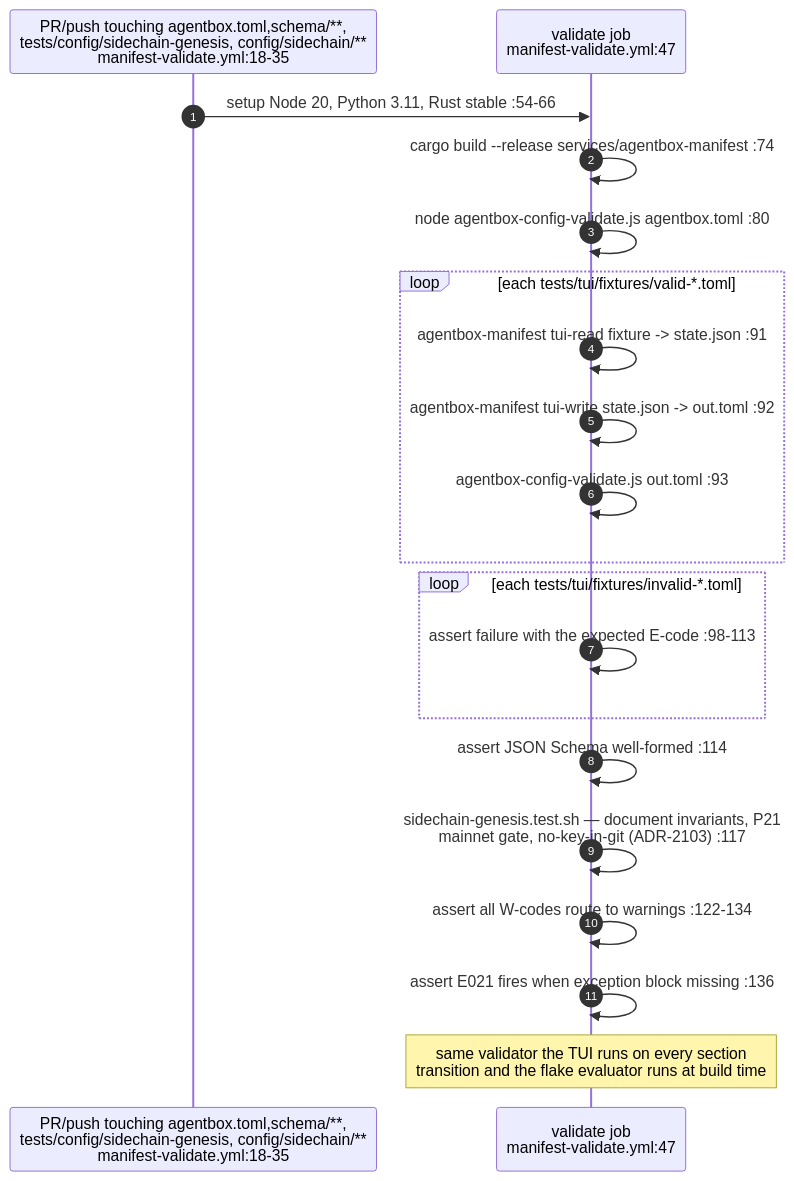
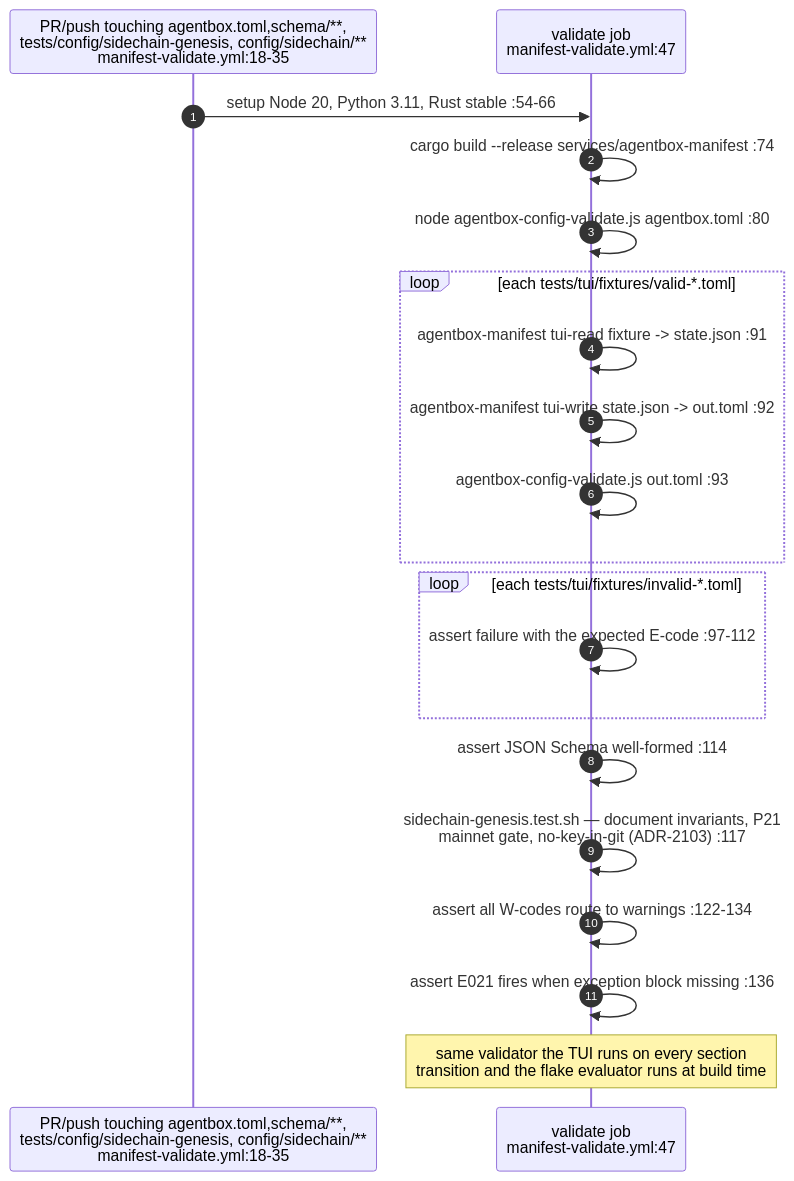
Diagram 17 of 23 in docs/diagrams/estate/09-build-deploy-and-ci-estate.md (DreamLab-AI/VisionFlow), drawn with Mermaid before and after one commit. The commit also changed other lines of this file and 94 other files, not shown here.

First line of the commit message:
docs(diagrams): re-verify 130 topics against 2 October HEADs

````diff
--- a/docs/diagrams/estate/09-build-deploy-and-ci-estate.md
+++ b/docs/diagrams/estate/09-build-deploy-and-ci-estate.md
@@ -560,23 +576,23 @@
 ```mermaid
 sequenceDiagram
     autonumber
     participant GH as PR/push touching agentbox.toml,schema/**,<br/>tests/config/sidechain-genesis, config/sidechain/**<br/>manifest-validate.yml:18-35
     participant V as validate job<br/>manifest-validate.yml:47
 
     GH->>V: setup Node 20, Python 3.11, Rust stable :54-66
     V->>V: cargo build --release services/agentbox-manifest :74
     V->>V: node agentbox-config-validate.js agentbox.toml :80
     loop each tests/tui/fixtures/valid-*.toml
         V->>V: agentbox-manifest tui-read fixture -> state.json :91
         V->>V: agentbox-manifest tui-write state.json -> out.toml :92
         V->>V: agentbox-config-validate.js out.toml :93
     end
     loop each tests/tui/fixtures/invalid-*.toml
-        V->>V: assert failure with the expected E-code :98-113
+        V->>V: assert failure with the expected E-code :97-112
     end
     V->>V: assert JSON Schema well-formed :114
     V->>V: sidechain-genesis.test.sh — document invariants, P21<br/>mainnet gate, no-key-in-git (ADR-2103) :117
     V->>V: assert all W-codes route to warnings :122-134
     V->>V: assert E021 fires when exception block missing :136
     Note over V: same validator the TUI runs on every section<br/>transition and the flake evaluator runs at build time
 ```
````
